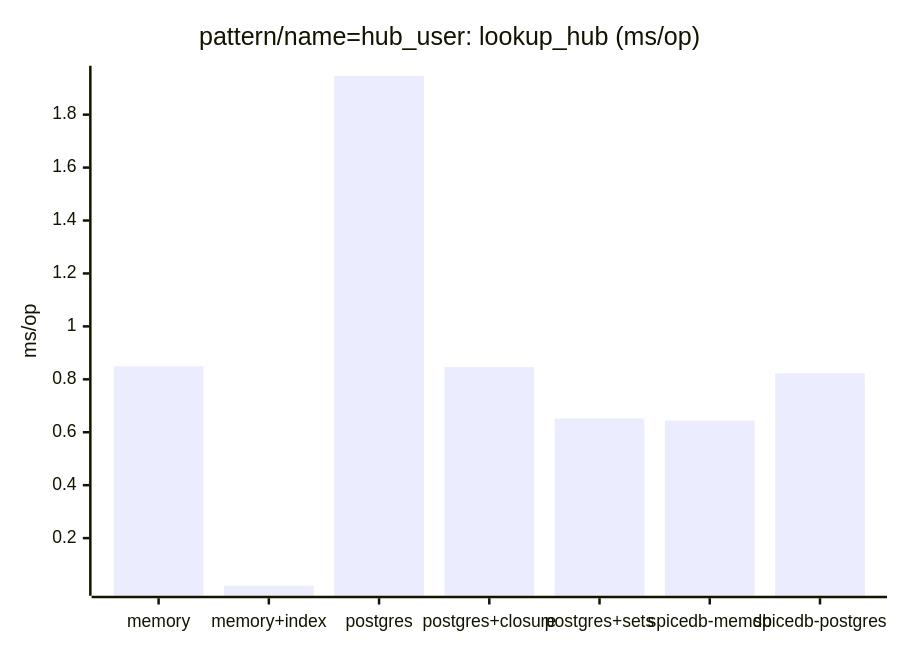
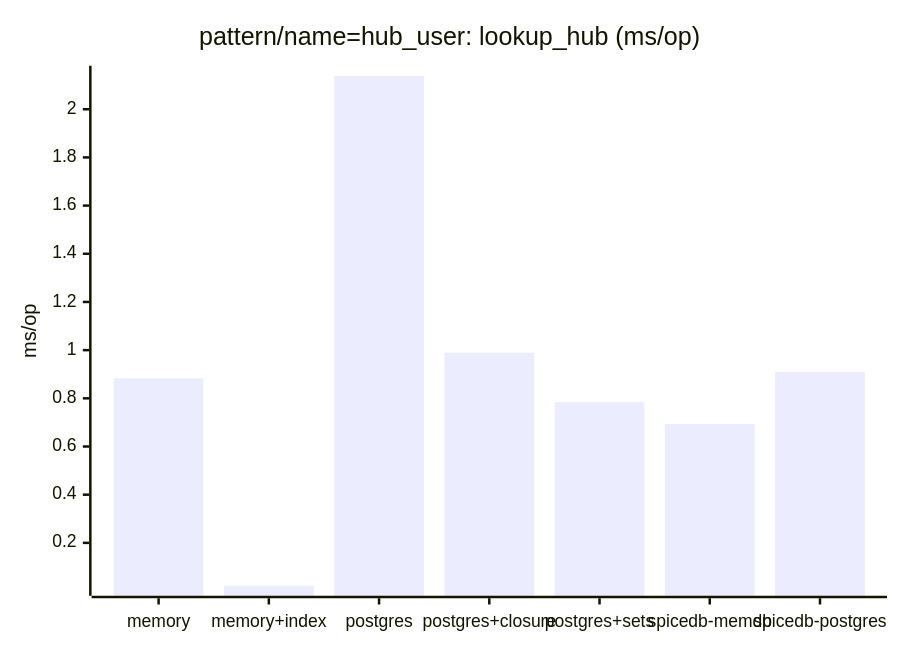
Before and after one commit to matick-io/authz: the fifth of 31 diagrams in compare/compare.md, drawn with Mermaid. The commit also changed other lines of this file and 2 other files, not shown here.

````diff
--- a/compare/compare.md
+++ b/compare/compare.md
@@ -90,7 +90,7 @@
 ```mermaid
 xychart-beta
     title "pattern/name=hub_user: lookup_hub (ms/op)"
     x-axis ["memory", "memory+index", "postgres", "postgres+closure", "postgres+sets", "spicedb-memdb", "spicedb-postgres"]
     y-axis "ms/op"
-    bar [0.849, 0.020, 1.947, 0.846, 0.652, 0.644, 0.823]
+    bar [0.883, 0.022, 2.139, 0.989, 0.784, 0.693, 0.910]
 ```
````
